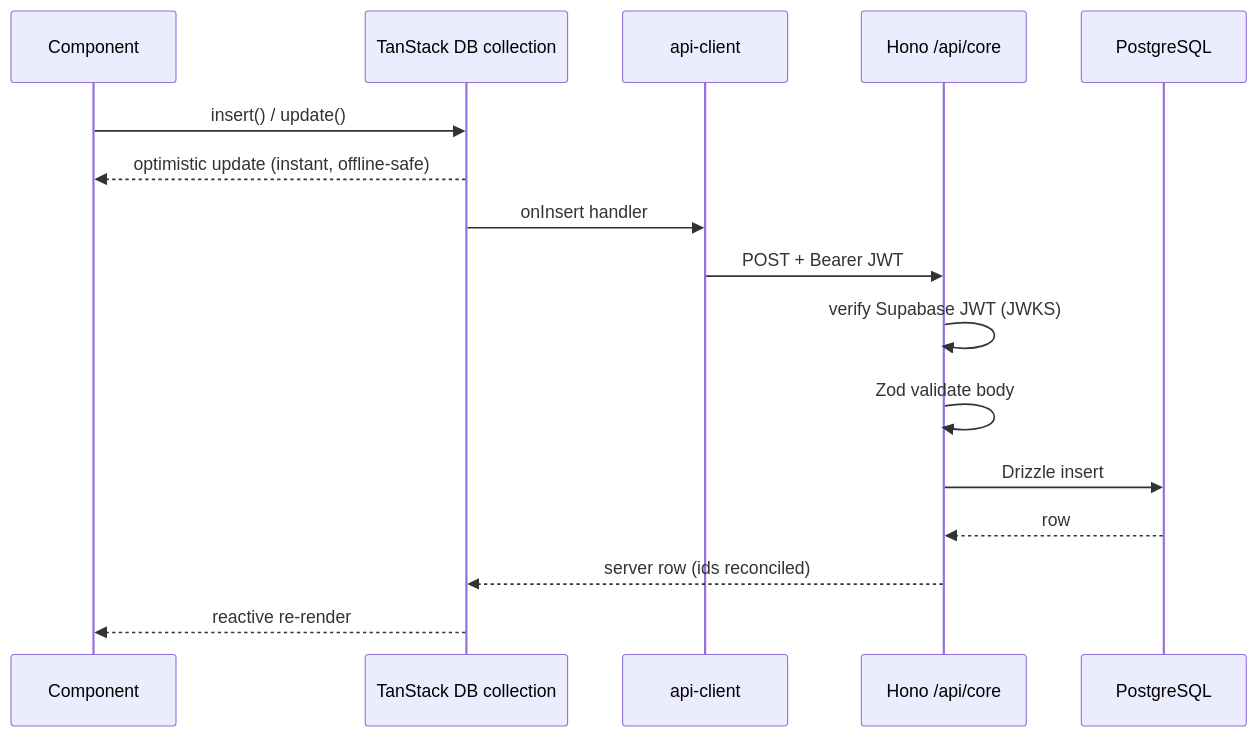
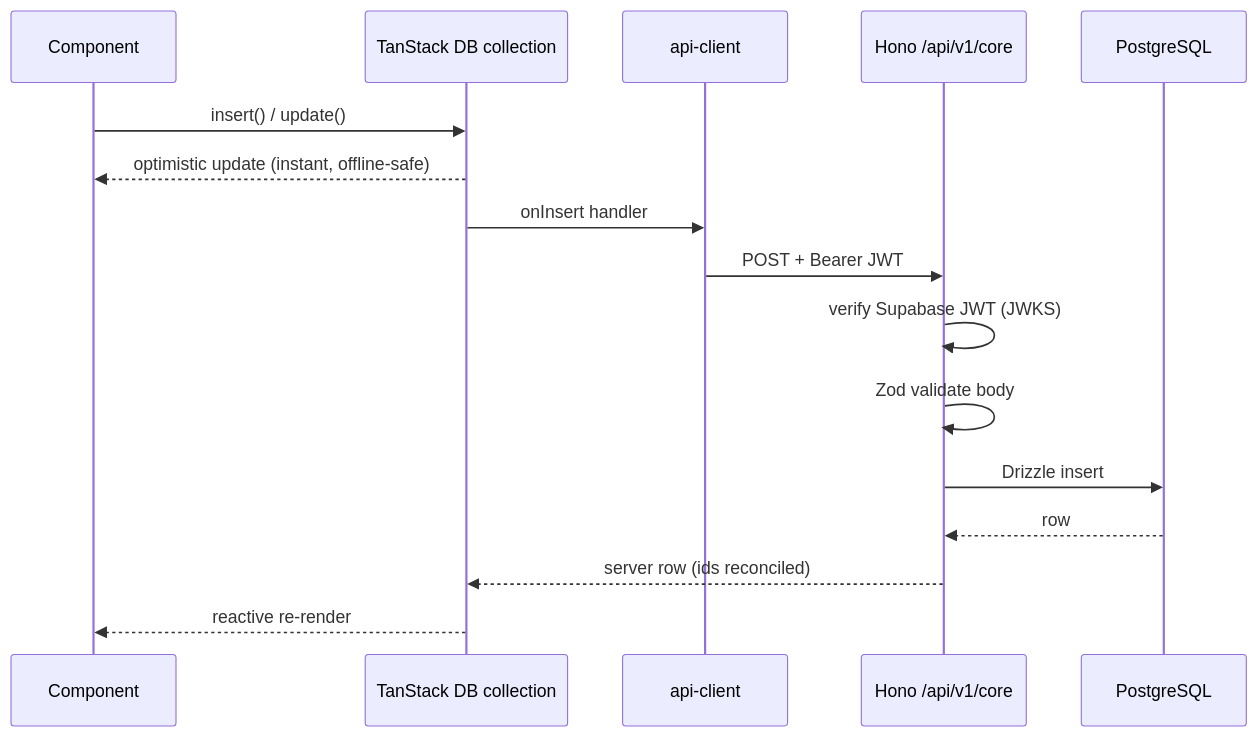
One commit to codewreaker/credopass changed the third of 4 diagrams in README.md. Above: the diagram before and after it, drawn with Mermaid. The commit also changed other lines of this file and 101 other files, not shown here.

````diff
--- a/README.md
+++ b/README.md
@@ -101,19 +101,19 @@
 ```mermaid
 sequenceDiagram
     participant C as Component
     participant Col as TanStack DB collection
     participant Cl as api-client
-    participant API as Hono /api/core
+    participant API as Hono /api/v1/core
     participant DB as PostgreSQL
 
     C->>Col: insert() / update()
     Col-->>C: optimistic update (instant, offline-safe)
     Col->>Cl: onInsert handler
     Cl->>API: POST + Bearer JWT
     API->>API: verify Supabase JWT (JWKS)
     API->>API: Zod validate body
     API->>DB: Drizzle insert
     DB-->>API: row
     API-->>Col: server row (ids reconciled)
     Col-->>C: reactive re-render
 ```
````
